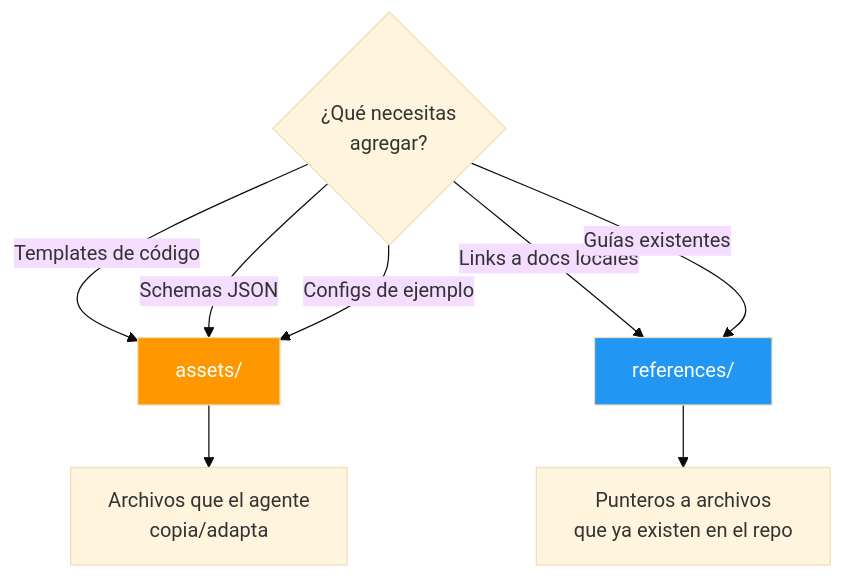
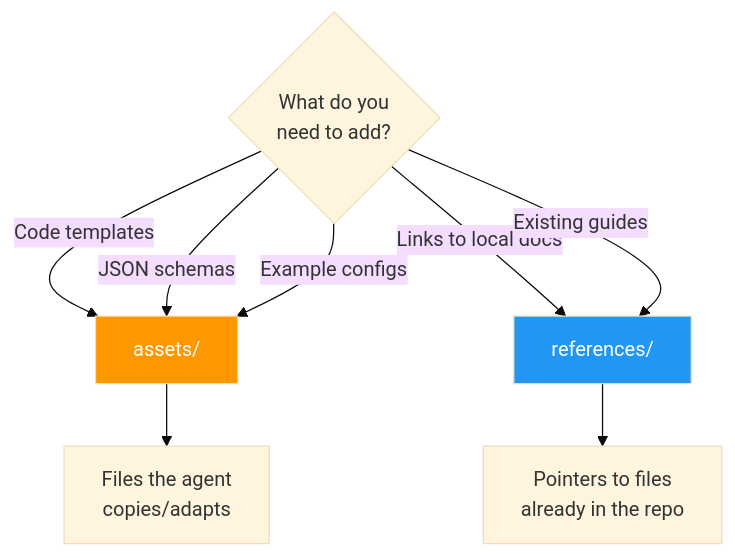
One commit to elisaul77/Orquestacion_Agentes_claude changed the fifth of 8 diagrams in skills/arquitec-dev-ia/SKILL.md. Above: the diagram before and after it, drawn with Mermaid (base theme). The commit also changed other lines of this file and 14 other files, not shown here.

````diff
--- a/skills/arquitec-dev-ia/SKILL.md
+++ b/skills/arquitec-dev-ia/SKILL.md
@@ -199,15 +198,15 @@
 ```mermaid
 flowchart TD
-    NEED{"¿Qué necesitas\nagregar?"}
-    NEED -->|"Templates de código"| ASSETS["assets/"]
-    NEED -->|"Schemas JSON"| ASSETS
-    NEED -->|"Configs de ejemplo"| ASSETS
-    NEED -->|"Links a docs locales"| REFS["references/"]
-    NEED -->|"Guías existentes"| REFS
+    NEED{"What do you\nneed to add?"}
+    NEED -->|"Code templates"| ASSETS["assets/"]
+    NEED -->|"JSON schemas"| ASSETS
+    NEED -->|"Example configs"| ASSETS
+    NEED -->|"Links to local docs"| REFS["references/"]
+    NEED -->|"Existing guides"| REFS
 
-    ASSETS --> RULE_A["Archivos que el agente\ncopia/adapta"]
-    REFS --> RULE_R["Punteros a archivos\nque ya existen en el repo"]
+    ASSETS --> RULE_A["Files the agent\ncopies/adapts"]
+    REFS --> RULE_R["Pointers to files\nalready in the repo"]
 
     style ASSETS fill:#ff9800,color:#fff
     style REFS fill:#2196f3,color:#fff
 ```
````
